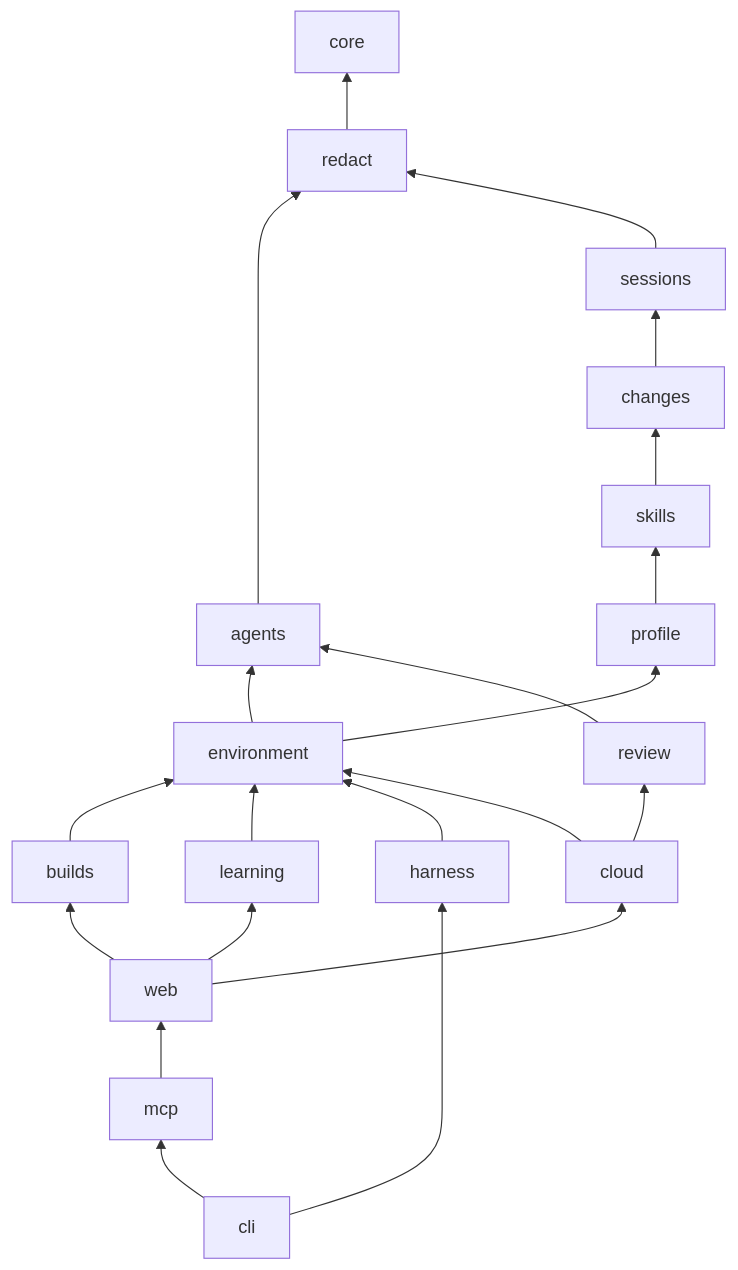
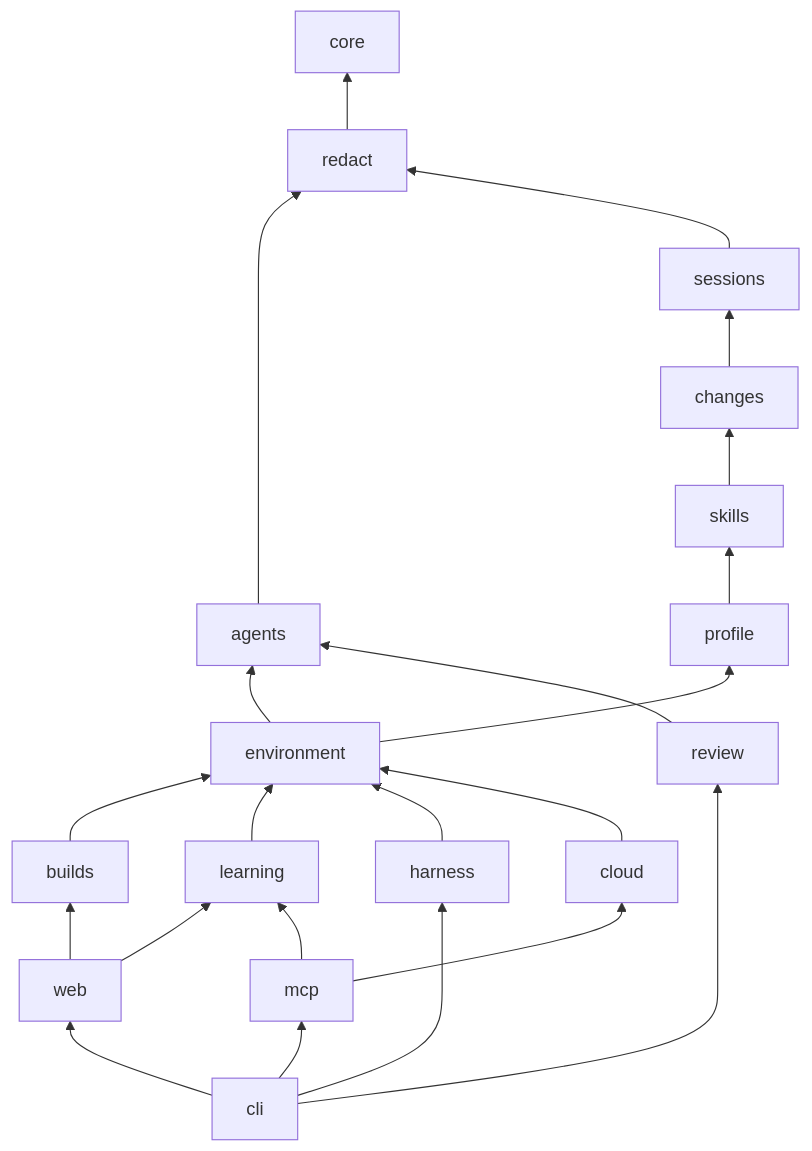
The first of 2 diagrams in docs/architecture/README.md (theonly1me/shadowclone), drawn with Mermaid before and after one commit. The commit also changed other lines of this file and 91 other files, not shown here.

````diff
--- a/docs/architecture/README.md
+++ b/docs/architecture/README.md
@@ -36,23 +36,24 @@
 ```mermaid
 graph BT
   redact --> core
   agents --> redact
   sessions --> redact
   changes --> sessions
   skills --> changes
   profile --> skills
   environment --> profile
   environment --> agents
   builds --> environment
   learning --> environment
   harness --> environment
   review --> agents
   cloud --> environment
-  cloud --> review
   web --> builds
-  web --> cloud
   web --> learning
-  mcp --> web
+  mcp --> learning
+  mcp --> cloud
   cli --> mcp
+  cli --> web
   cli --> harness
+  cli --> review
 ```
````
